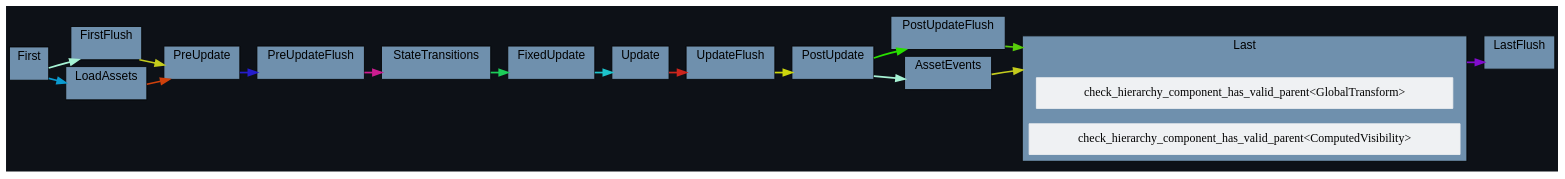
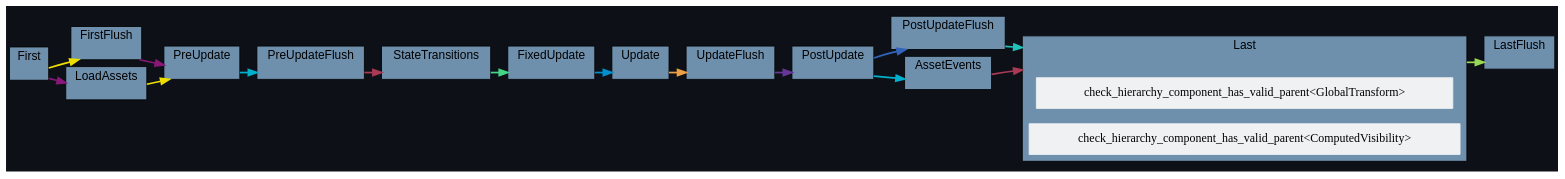
The diagram in docs/schedule/by-crate/dark/schedule_Main_bevy_hierarchy.dot (jakobhellermann/bevy_mod_debugdump), drawn with Graphviz before and after one commit. The commit also changed 87 other files, not shown here.

```diff
--- a/docs/schedule/by-crate/dark/schedule_Main_bevy_hierarchy.dot
+++ b/docs/schedule/by-crate/dark/schedule_Main_bevy_hierarchy.dot
@@ -1,138 +1,138 @@
 digraph "" {
 	"compound"="true";
 	"splines"="spline";
 	"rankdir"="LR";
 	"bgcolor"="#0d1117";
 	"fontname"="Helvetica";
 	edge ["penwidth"="2"];
 	node ["shape"="box", "style"="filled", "fillcolor"="#eff1f3", "color"="#eff1f3"];
 	subgraph "clusternode_Set(0)" {
 		"label"="Update";
 		"tooltip"="Update";
 		"bgcolor"="#6f90ad";
 		"color"="black";
 		"set_marker_node_Set(0)" ["style"="invis", "label"="", "height"="0", "shape"="point"]
 	}
 	
 	subgraph "clusternode_Set(2)" {
 		"label"="FirstFlush";
 		"tooltip"="FirstFlush";
 		"bgcolor"="#6f90ad";
 		"color"="black";
 		"set_marker_node_Set(2)" ["style"="invis", "label"="", "height"="0", "shape"="point"]
 	}
 	
 	subgraph "clusternode_Set(3)" {
 		"label"="PreUpdateFlush";
 		"tooltip"="PreUpdateFlush";
 		"bgcolor"="#6f90ad";
 		"color"="black";
 		"set_marker_node_Set(3)" ["style"="invis", "label"="", "height"="0", "shape"="point"]
 	}
 	
 	subgraph "clusternode_Set(4)" {
 		"label"="UpdateFlush";
 		"tooltip"="UpdateFlush";
 		"bgcolor"="#6f90ad";
 		"color"="black";
 		"set_marker_node_Set(4)" ["style"="invis", "label"="", "height"="0", "shape"="point"]
 	}
 	
 	subgraph "clusternode_Set(5)" {
 		"label"="PostUpdateFlush";
 		"tooltip"="PostUpdateFlush";
 		"bgcolor"="#6f90ad";
 		"color"="black";
 		"set_marker_node_Set(5)" ["style"="invis", "label"="", "height"="0", "shape"="point"]
 	}
 	
 	subgraph "clusternode_Set(6)" {
 		"label"="LastFlush";
 		"tooltip"="LastFlush";
 		"bgcolor"="#6f90ad";
 		"color"="black";
 		"set_marker_node_Set(6)" ["style"="invis", "label"="", "height"="0", "shape"="point"]
 	}
 	
 	subgraph "clusternode_Set(7)" {
 		"label"="First";
 		"tooltip"="First";
 		"bgcolor"="#6f90ad";
 		"color"="black";
 		"set_marker_node_Set(7)" ["style"="invis", "label"="", "height"="0", "shape"="point"]
 	}
 	
 	subgraph "clusternode_Set(8)" {
 		"label"="PreUpdate";
 		"tooltip"="PreUpdate";
 		"bgcolor"="#6f90ad";
 		"color"="black";
 		"set_marker_node_Set(8)" ["style"="invis", "label"="", "height"="0", "shape"="point"]
 	}
 	
 	subgraph "clusternode_Set(9)" {
 		"label"="StateTransitions";
 		"tooltip"="StateTransitions";
 		"bgcolor"="#6f90ad";
 		"color"="black";
 		"set_marker_node_Set(9)" ["style"="invis", "label"="", "height"="0", "shape"="point"]
 	}
 	
 	subgraph "clusternode_Set(10)" {
 		"label"="FixedUpdate";
 		"tooltip"="FixedUpdate";
 		"bgcolor"="#6f90ad";
 		"color"="black";
 		"set_marker_node_Set(10)" ["style"="invis", "label"="", "height"="0", "shape"="point"]
 	}
 	
 	subgraph "clusternode_Set(11)" {
 		"label"="PostUpdate";
 		"tooltip"="PostUpdate";
 		"bgcolor"="#6f90ad";
 		"color"="black";
 		"set_marker_node_Set(11)" ["style"="invis", "label"="", "height"="0", "shape"="point"]
 	}
 	
 	subgraph "clusternode_Set(12)" {
 		"label"="Last";
 		"tooltip"="Last";
 		"bgcolor"="#6f90ad";
 		"color"="black";
 		"set_marker_node_Set(12)" ["style"="invis", "label"="", "height"="0", "shape"="point"]
 		"node_System(10)" ["label"="check_hierarchy_component_has_valid_parent<GlobalTransform>", "tooltip"="bevy_hierarchy::valid_parent_check_plugin::check_hierarchy_component_has_valid_parent<bevy_transform::components::global_transform::GlobalTransform>"]
 		"node_System(62)" ["label"="check_hierarchy_component_has_valid_parent<ComputedVisibility>", "tooltip"="bevy_hierarchy::valid_parent_check_plugin::check_hierarchy_component_has_valid_parent<bevy_render::view::visibility::ComputedVisibility>"]
 	}
 	
 	subgraph "clusternode_Set(58)" {
 		"label"="LoadAssets";
 		"tooltip"="LoadAssets";
 		"bgcolor"="#6f90ad";
 		"color"="black";
 		"set_marker_node_Set(58)" ["style"="invis", "label"="", "height"="0", "shape"="point"]
 	}
 	
 	subgraph "clusternode_Set(59)" {
 		"label"="AssetEvents";
 		"tooltip"="AssetEvents";
 		"bgcolor"="#6f90ad";
 		"color"="black";
 		"set_marker_node_Set(59)" ["style"="invis", "label"="", "height"="0", "shape"="point"]
 	}
 	
-	"set_marker_node_Set(7)" -> "set_marker_node_Set(2)" ["lhead"="clusternode_Set(2)", "ltail"="clusternode_Set(7)", "tooltip"="First → FirstFlush", "color"="#a6f2d4"]
-	"set_marker_node_Set(2)" -> "set_marker_node_Set(8)" ["lhead"="clusternode_Set(8)", "ltail"="clusternode_Set(2)", "tooltip"="FirstFlush → PreUpdate", "color"="#c4cc1d"]
-	"set_marker_node_Set(8)" -> "set_marker_node_Set(3)" ["lhead"="clusternode_Set(3)", "ltail"="clusternode_Set(8)", "tooltip"="PreUpdate → PreUpdateFlush", "color"="#251dcc"]
-	"set_marker_node_Set(3)" -> "set_marker_node_Set(9)" ["lhead"="clusternode_Set(9)", "ltail"="clusternode_Set(3)", "tooltip"="PreUpdateFlush → StateTransitions", "color"="#cd1d91"]
-	"set_marker_node_Set(9)" -> "set_marker_node_Set(10)" ["lhead"="clusternode_Set(10)", "ltail"="clusternode_Set(9)", "tooltip"="StateTransitions → FixedUpdate", "color"="#1dcd59"]
-	"set_marker_node_Set(10)" -> "set_marker_node_Set(0)" ["lhead"="clusternode_Set(0)", "ltail"="clusternode_Set(10)", "tooltip"="FixedUpdate → Update", "color"="#1dc4cc"]
-	"set_marker_node_Set(0)" -> "set_marker_node_Set(4)" ["lhead"="clusternode_Set(4)", "ltail"="clusternode_Set(0)", "tooltip"="Update → UpdateFlush", "color"="#cc251d"]
-	"set_marker_node_Set(4)" -> "set_marker_node_Set(11)" ["lhead"="clusternode_Set(11)", "ltail"="clusternode_Set(4)", "tooltip"="UpdateFlush → PostUpdate", "color"="#ccd60d"]
-	"set_marker_node_Set(11)" -> "set_marker_node_Set(5)" ["lhead"="clusternode_Set(5)", "ltail"="clusternode_Set(11)", "tooltip"="PostUpdate → PostUpdateFlush", "color"="#29e000"]
-	"set_marker_node_Set(5)" -> "set_marker_node_Set(12)" ["lhead"="clusternode_Set(12)", "ltail"="clusternode_Set(5)", "tooltip"="PostUpdateFlush → Last", "color"="#58cd0c"]
-	"set_marker_node_Set(12)" -> "set_marker_node_Set(6)" ["lhead"="clusternode_Set(6)", "ltail"="clusternode_Set(12)", "tooltip"="Last → LastFlush", "color"="#810ccd"]
-	"set_marker_node_Set(58)" -> "set_marker_node_Set(8)" ["lhead"="clusternode_Set(8)", "ltail"="clusternode_Set(58)", "tooltip"="LoadAssets → PreUpdate", "color"="#cf410c"]
-	"set_marker_node_Set(7)" -> "set_marker_node_Set(58)" ["lhead"="clusternode_Set(58)", "ltail"="clusternode_Set(7)", "tooltip"="First → LoadAssets", "color"="#0c9acf"]
-	"set_marker_node_Set(11)" -> "set_marker_node_Set(59)" ["lhead"="clusternode_Set(59)", "ltail"="clusternode_Set(11)", "tooltip"="PostUpdate → AssetEvents", "color"="#a6f2d4"]
-	"set_marker_node_Set(59)" -> "set_marker_node_Set(12)" ["lhead"="clusternode_Set(12)", "ltail"="clusternode_Set(59)", "tooltip"="AssetEvents → Last", "color"="#c4cc1d"]
+	"set_marker_node_Set(7)" -> "set_marker_node_Set(2)" ["lhead"="clusternode_Set(2)", "ltail"="clusternode_Set(7)", "tooltip"="First → FirstFlush", "color"="#eede00"]
+	"set_marker_node_Set(2)" -> "set_marker_node_Set(8)" ["lhead"="clusternode_Set(8)", "ltail"="clusternode_Set(2)", "tooltip"="FirstFlush → PreUpdate", "color"="#881877"]
+	"set_marker_node_Set(8)" -> "set_marker_node_Set(3)" ["lhead"="clusternode_Set(3)", "ltail"="clusternode_Set(8)", "tooltip"="PreUpdate → PreUpdateFlush", "color"="#00b0cc"]
+	"set_marker_node_Set(3)" -> "set_marker_node_Set(9)" ["lhead"="clusternode_Set(9)", "ltail"="clusternode_Set(3)", "tooltip"="PreUpdateFlush → StateTransitions", "color"="#aa3a55"]
+	"set_marker_node_Set(9)" -> "set_marker_node_Set(10)" ["lhead"="clusternode_Set(10)", "ltail"="clusternode_Set(9)", "tooltip"="StateTransitions → FixedUpdate", "color"="#44d488"]
+	"set_marker_node_Set(10)" -> "set_marker_node_Set(0)" ["lhead"="clusternode_Set(0)", "ltail"="clusternode_Set(10)", "tooltip"="FixedUpdate → Update", "color"="#0090cc"]
+	"set_marker_node_Set(0)" -> "set_marker_node_Set(4)" ["lhead"="clusternode_Set(4)", "ltail"="clusternode_Set(0)", "tooltip"="Update → UpdateFlush", "color"="#ee9e44"]
+	"set_marker_node_Set(4)" -> "set_marker_node_Set(11)" ["lhead"="clusternode_Set(11)", "ltail"="clusternode_Set(4)", "tooltip"="UpdateFlush → PostUpdate", "color"="#663699"]
+	"set_marker_node_Set(11)" -> "set_marker_node_Set(5)" ["lhead"="clusternode_Set(5)", "ltail"="clusternode_Set(11)", "tooltip"="PostUpdate → PostUpdateFlush", "color"="#3363bb"]
+	"set_marker_node_Set(5)" -> "set_marker_node_Set(12)" ["lhead"="clusternode_Set(12)", "ltail"="clusternode_Set(5)", "tooltip"="PostUpdateFlush → Last", "color"="#22c2bb"]
+	"set_marker_node_Set(12)" -> "set_marker_node_Set(6)" ["lhead"="clusternode_Set(6)", "ltail"="clusternode_Set(12)", "tooltip"="Last → LastFlush", "color"="#99d955"]
+	"set_marker_node_Set(58)" -> "set_marker_node_Set(8)" ["lhead"="clusternode_Set(8)", "ltail"="clusternode_Set(58)", "tooltip"="LoadAssets → PreUpdate", "color"="#eede00"]
+	"set_marker_node_Set(7)" -> "set_marker_node_Set(58)" ["lhead"="clusternode_Set(58)", "ltail"="clusternode_Set(7)", "tooltip"="First → LoadAssets", "color"="#881877"]
+	"set_marker_node_Set(11)" -> "set_marker_node_Set(59)" ["lhead"="clusternode_Set(59)", "ltail"="clusternode_Set(11)", "tooltip"="PostUpdate → AssetEvents", "color"="#00b0cc"]
+	"set_marker_node_Set(59)" -> "set_marker_node_Set(12)" ["lhead"="clusternode_Set(12)", "ltail"="clusternode_Set(59)", "tooltip"="AssetEvents → Last", "color"="#aa3a55"]
 }
```
